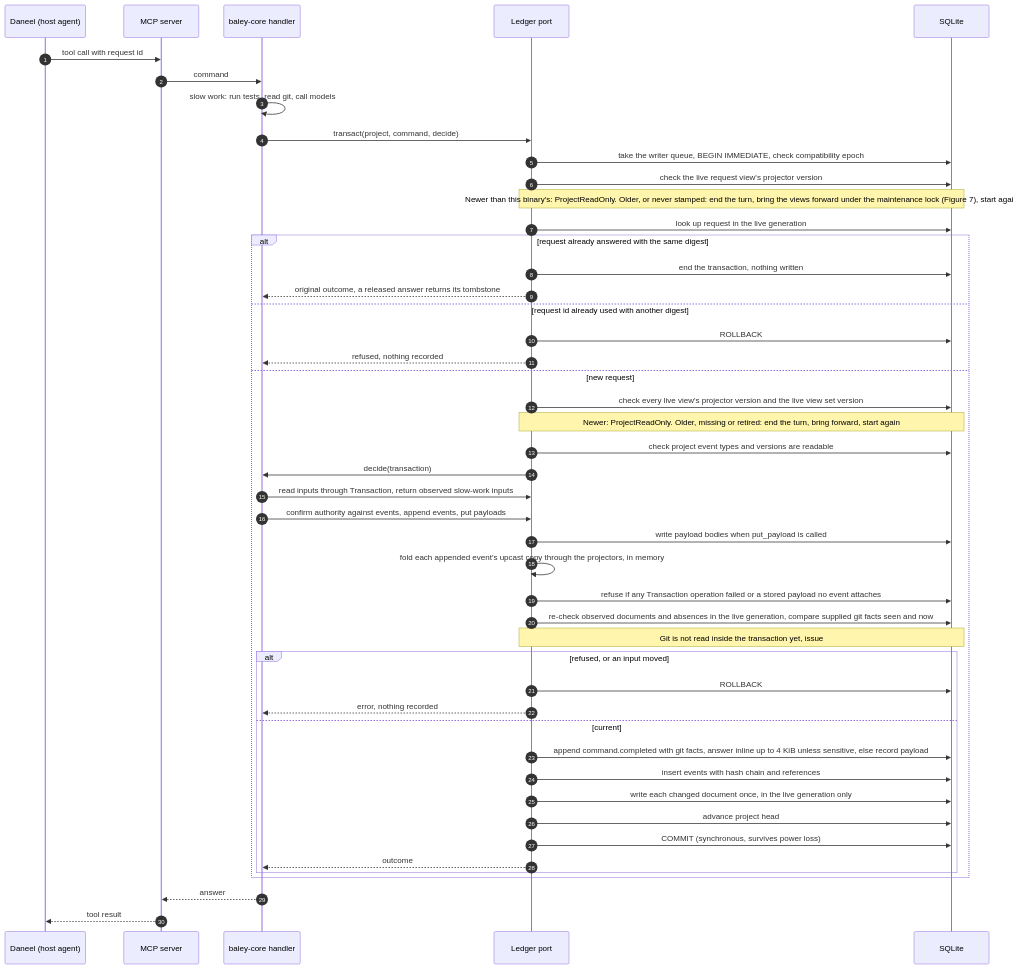
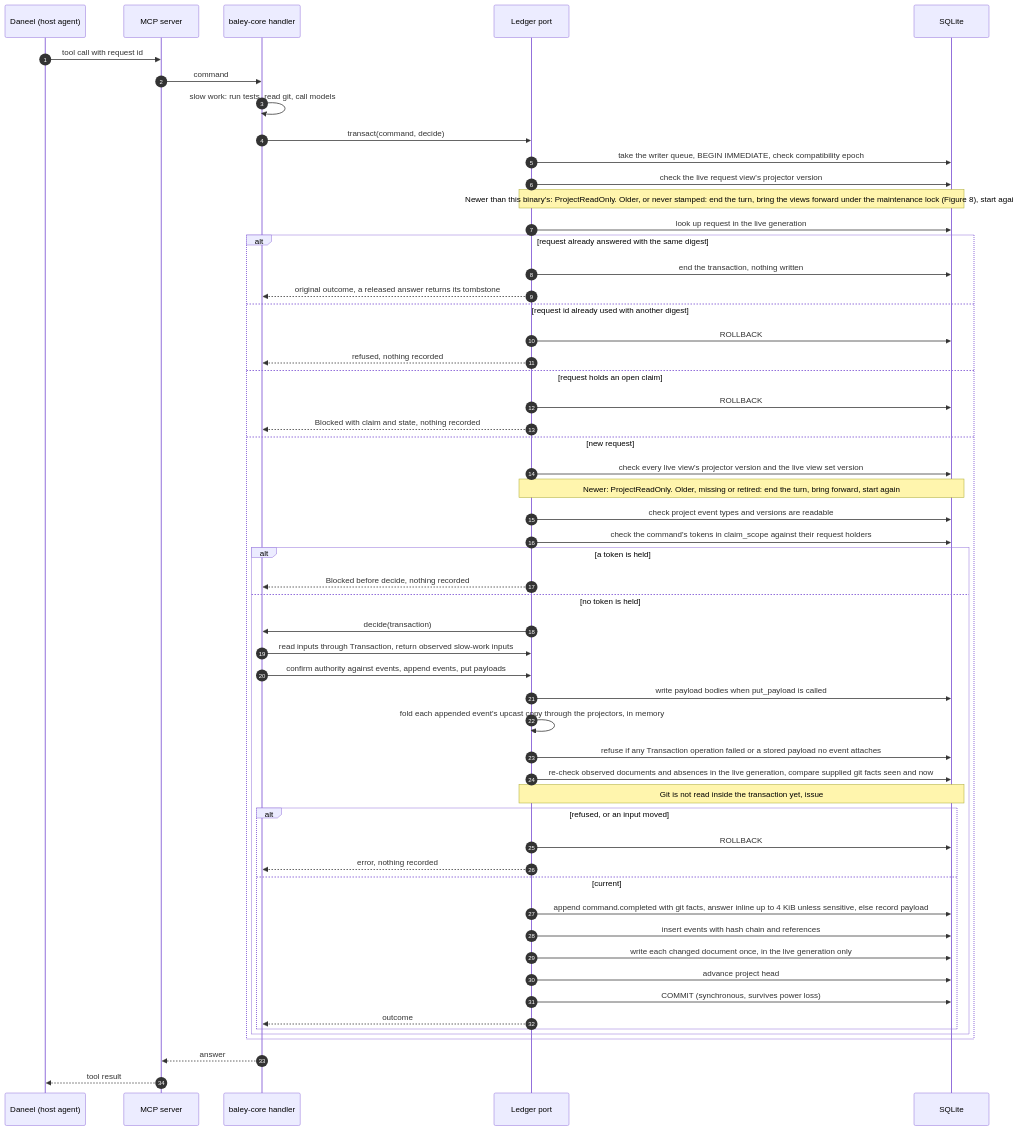
Before and after one commit to crenshawdev/baley: the seventh of 13 diagrams in docs/design/0001-evidence-ledger.md, drawn with Mermaid. The commit also changed other lines of this file and 20 other files, not shown here.

````diff
--- a/docs/design/0001-evidence-ledger.md
+++ b/docs/design/0001-evidence-ledger.md
@@ -406,49 +454,57 @@
 ```mermaid
 sequenceDiagram
   autonumber
   participant D as Daneel (host agent)
   participant S as MCP server
   participant C as baley-core handler
   participant L as Ledger port
   participant Q as SQLite
   D->>S: tool call with request id
   S->>C: command
   C->>C: slow work: run tests, read git, call models
-  C->>L: transact(project, command, decide)
+  C->>L: transact(command, decide)
   L->>Q: take the writer queue, BEGIN IMMEDIATE, check compatibility epoch
   L->>Q: check the live request view's projector version
-  Note over L,Q: Newer than this binary's: ProjectReadOnly. Older, or never stamped: end the turn, bring the views forward under the maintenance lock (Figure 7), start again
+  Note over L,Q: Newer than this binary's: ProjectReadOnly. Older, or never stamped: end the turn, bring the views forward under the maintenance lock (Figure 8), start again
   L->>Q: look up request in the live generation
   alt request already answered with the same digest
     L->>Q: end the transaction, nothing written
     L-->>C: original outcome, a released answer returns its tombstone
   else request id already used with another digest
     L->>Q: ROLLBACK
     L-->>C: refused, nothing recorded
+  else request holds an open claim
+    L->>Q: ROLLBACK
+    L-->>C: Blocked with claim and state, nothing recorded
   else new request
     L->>Q: check every live view's projector version and the live view set version
     Note over L,Q: Newer: ProjectReadOnly. Older, missing or retired: end the turn, bring forward, start again
     L->>Q: check project event types and versions are readable
-    L->>C: decide(transaction)
+    L->>Q: check the command's tokens in claim_scope against their request holders
+    alt a token is held
+      L-->>C: Blocked before decide, nothing recorded
+    else no token is held
+      L->>C: decide(transaction)
     C->>L: read inputs through Transaction, return observed slow-work inputs
     C->>L: confirm authority against events, append events, put payloads
     L->>Q: write payload bodies when put_payload is called
     L->>L: fold each appended event's upcast copy through the projectors, in memory
     L->>Q: refuse if any Transaction operation failed or a stored payload no event attaches
     L->>Q: re-check observed documents and absences in the live generation, compare supplied git facts seen and now
     Note over L,Q: Git is not read inside the transaction yet, issue #40 (Build 4)
     alt refused, or an input moved
       L->>Q: ROLLBACK
       L-->>C: error, nothing recorded
     else current
       L->>Q: append command.completed with git facts, answer inline up to 4 KiB unless sensitive, else record payload
       L->>Q: insert events with hash chain and references
       L->>Q: write each changed document once, in the live generation only
       L->>Q: advance project head
       L->>Q: COMMIT (synchronous, survives power loss)
       L-->>C: outcome
     end
+    end
   end
   C-->>S: answer
   S-->>D: tool result
 ```
````
